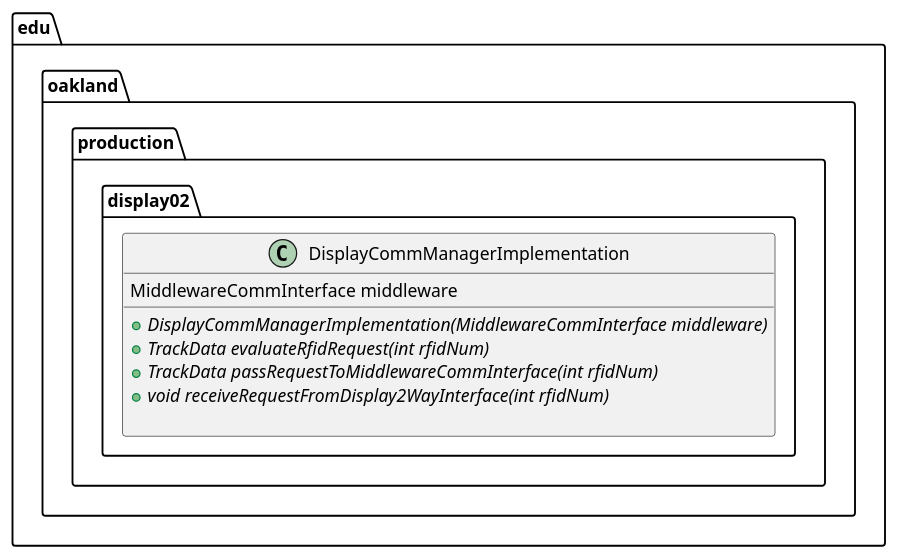
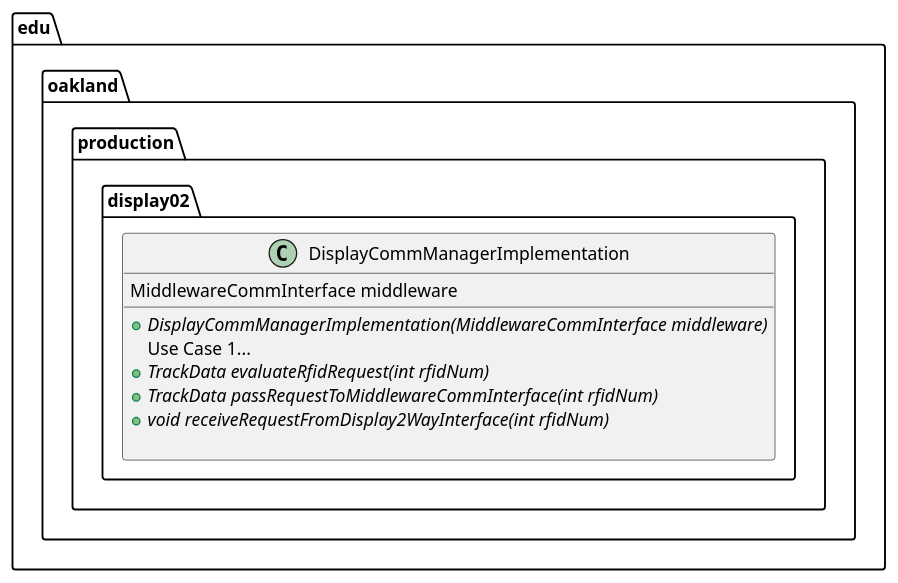
Before and after one commit to andrewdimmer/csi-3370-software-project: the diagram in docs/uml-class-diagrams/display02/production/DisplayCommManagerImplementation/DisplayCommManagerImplementation.puml, drawn with PlantUML.

```diff
--- a/docs/uml-class-diagrams/display02/production/DisplayCommManagerImplementation/DisplayCommManagerImplementation.puml
+++ b/docs/uml-class-diagrams/display02/production/DisplayCommManagerImplementation/DisplayCommManagerImplementation.puml
@@ -1,15 +1,16 @@
 @startuml DisplayCommManagerImplementation
 
 package edu.oakland.production.display02 {
     class DisplayCommManagerImplementation {
         MiddlewareCommInterface middleware
         __
         {abstract} + DisplayCommManagerImplementation(MiddlewareCommInterface middleware)
+        Use Case 1...
         {abstract} + TrackData evaluateRfidRequest(int rfidNum)
         {abstract} + TrackData passRequestToMiddlewareCommInterface(int rfidNum)
         {abstract} + void receiveRequestFromDisplay2WayInterface(int rfidNum)
 
     }
 }
 
 @enduml
```
